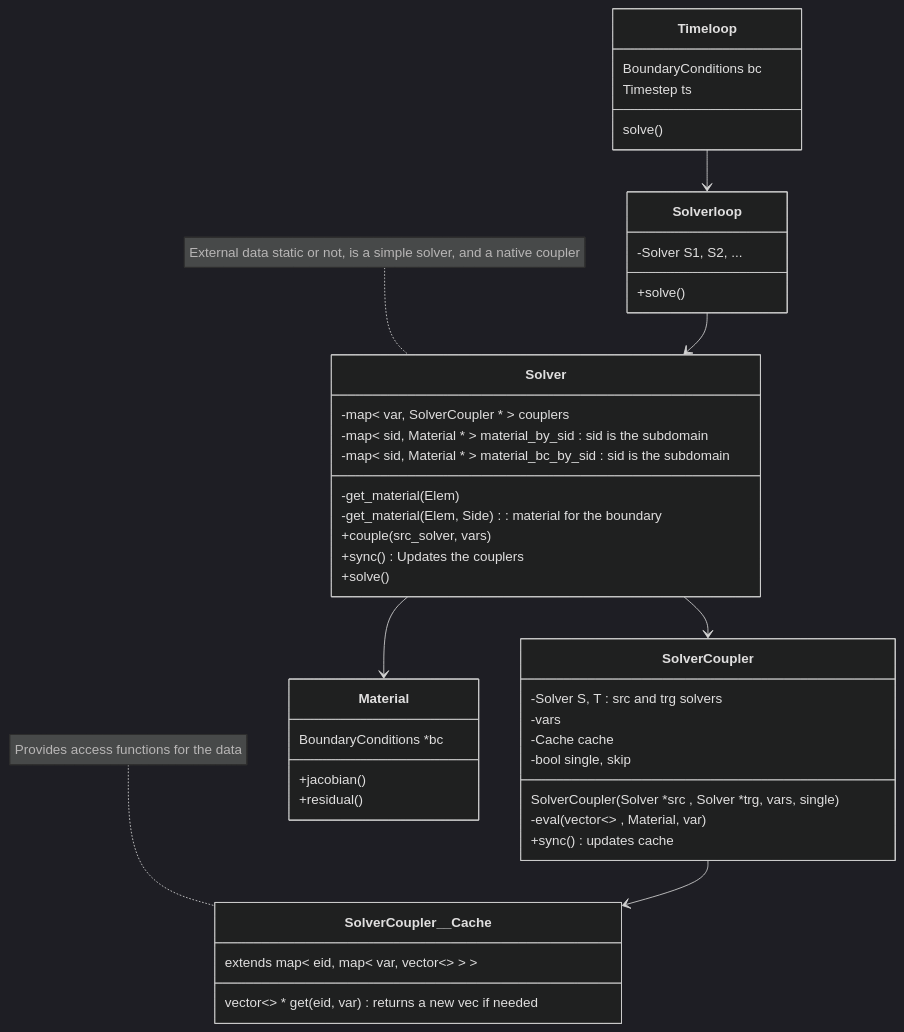
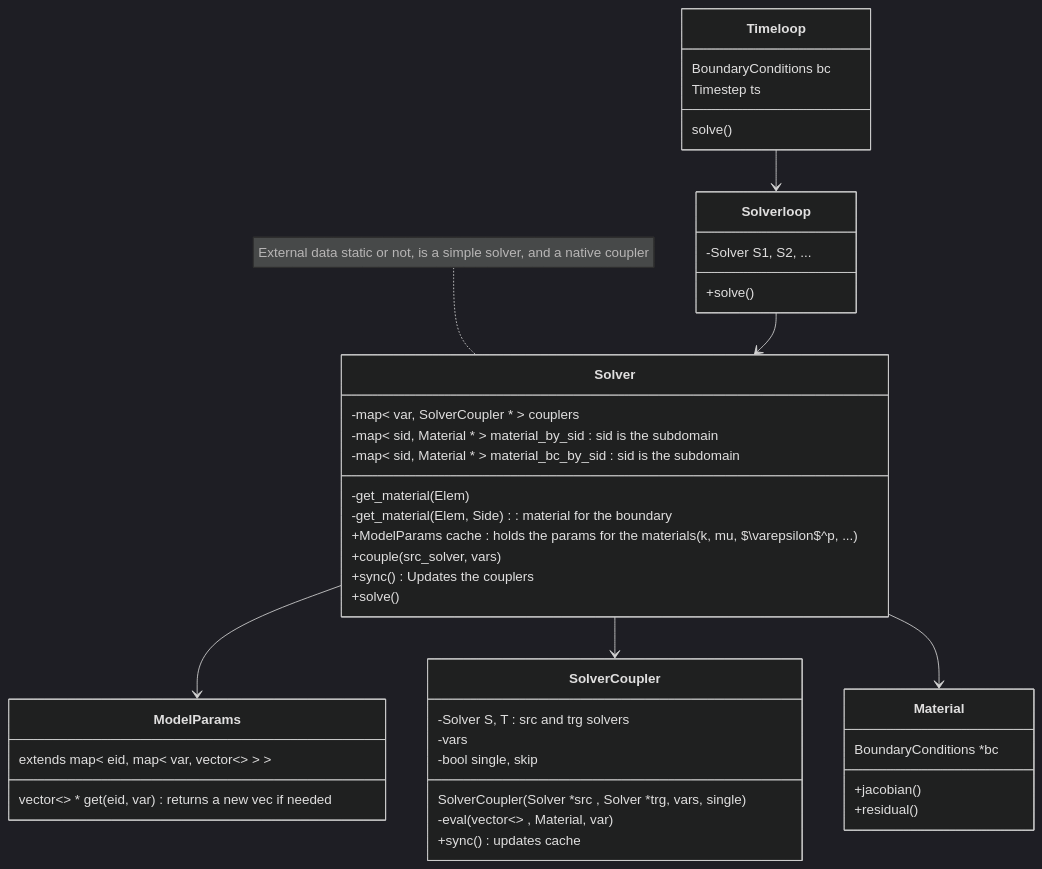
The first of 2 diagrams in doc/Description.md (rebpoli/harpy), drawn with Mermaid (dark theme) before and after one commit.

````diff
--- a/doc/Description.md
+++ b/doc/Description.md
@@ -20,59 +20,58 @@
 ```mermaid
 %% Interfaces, abstract classes
 classDiagram
     class Timeloop { 
         BoundaryConditions bc
         Timestep ts
         solve()
     }
 
     %% The solver loop couples the solvers
     class Solverloop {
         -Solver S1, S2, ...
         +solve()
     }
 
     %% Does the calculations and hold the cached data needed to couple SRC->TRG
     %% Can be specialized for more complex data types (e.g. stress or velocities)
-    class SolverCoupler__Cache {
+    class ModelParams {
         extends map< eid, map< var, vector<> > >
         vector<> * get( eid, var ) returns a new vec if needed
     }
-    note for SolverCoupler__Cache "Provides access functions for the data"
     class SolverCoupler {
         SolverCoupler( Solver *src , Solver *trg, vars, single )
         -Solver S, T : src and trg solvers
         -vars
-        -Cache cache
         -bool single, skip
         -eval( vector<> , Material, var )
         +sync() updates cache
     }
-    SolverCoupler --> SolverCoupler__Cache
 
     %% The solver keeps its own couplers
     class Solver {
         -map< var, SolverCoupler * > couplers
         -map< sid, Material * > material_by_sid : sid is the subdomain
         -map< sid, Material * > material_bc_by_sid : sid is the subdomain
         -get_material( Elem )
         -get_material( Elem, Side ) : material for the boundary
+        +ModelParams cache : holds the params for the materials (k, mu, $\varepsilon$^p, ...)
         +couple(src_solver, vars)
         +sync()  Updates the couplers
         +solve()
     }
+    Solver --> ModelParams
     Solver--> SolverCoupler
     note for Solver "External data static or not, is a simple solver, and a native coupler"
 
 
     class Material {
         BoundaryConditions *bc
         +jacobian()
         +residual()
     }
 
     Timeloop --> Solverloop
     Solverloop --> Solver
     Solver --> Material
 
 ```
````
